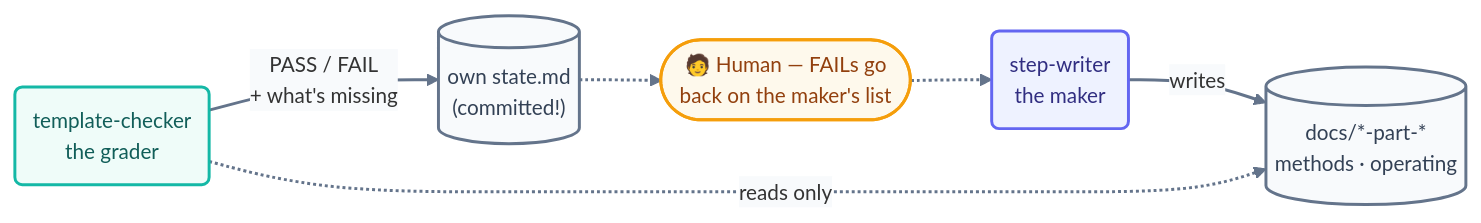
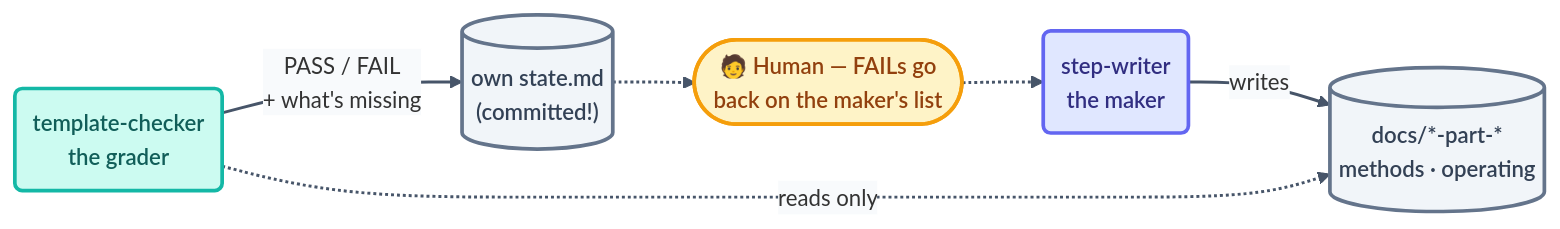
One commit to ayeshakhalid192007-dev/LoopEngineering-CrashCourse changed the diagram in loops/day2/template-checker/loop.md. Above: the diagram before and after it, drawn with Mermaid. The commit also changed 66 other files, not shown here.

First line of the commit message:
docs(diagrams): visibly bolder pass — deeper fills, heavier strokes, semibold labels

````diff
--- a/loops/day2/template-checker/loop.md
+++ b/loops/day2/template-checker/loop.md
@@ -40,14 +40,14 @@
 ```mermaid
-%%{init: {'theme':'base','themeVariables':{'fontFamily':'ui-sans-serif, system-ui, sans-serif','fontSize':'14px','lineColor':'#64748b','edgeLabelBackground':'#f8fafc'},'flowchart':{'curve':'basis','nodeSpacing':45,'rankSpacing':55,'padding':12}}}%%
+%%{init: {'theme':'base','themeVariables':{'fontFamily':'ui-sans-serif, system-ui, sans-serif','fontSize':'15px','lineColor':'#475569','edgeLabelBackground':'#f8fafc'},'flowchart':{'curve':'basis','nodeSpacing':45,'rankSpacing':55,'padding':12}}}%%
 flowchart LR
     SW("step-writer<br/>the maker"):::maker -->|writes| DOCS[("docs/*-part-*<br/>methods · operating")]:::file
     TC("template-checker<br/>the grader"):::check -.->|reads only| DOCS
     TC -->|"PASS / FAIL<br/>+ what's missing"| ST[("own state.md<br/>(committed!)")]:::file
     ST -.-> H(["🧑 Human — FAILs go<br/>back on the maker's list"]):::human
     H -.-> SW
-    linkStyle default stroke:#64748b,stroke-width:2px;
-    classDef maker fill:#eef2ff,stroke:#6366f1,stroke-width:2px,color:#312e81;
-    classDef check fill:#effcf9,stroke:#14b8a6,stroke-width:2px,color:#115e59;
-    classDef file fill:#f8fafc,stroke:#64748b,stroke-width:2px,color:#334155;
-    classDef human fill:#fef9ec,stroke:#f59e0b,stroke-width:2px,color:#92400e;
+    linkStyle default stroke:#475569,stroke-width:2px;
+    classDef maker fill:#e0e7ff,stroke:#6366f1,stroke-width:2.5px,color:#312e81,font-weight:600;
+    classDef check fill:#ccfbf1,stroke:#14b8a6,stroke-width:2.5px,color:#115e59,font-weight:600;
+    classDef file fill:#f1f5f9,stroke:#64748b,stroke-width:2.5px,color:#334155,font-weight:600;
+    classDef human fill:#fef3c7,stroke:#f59e0b,stroke-width:2.5px,color:#92400e,font-weight:600;
 ```
````
